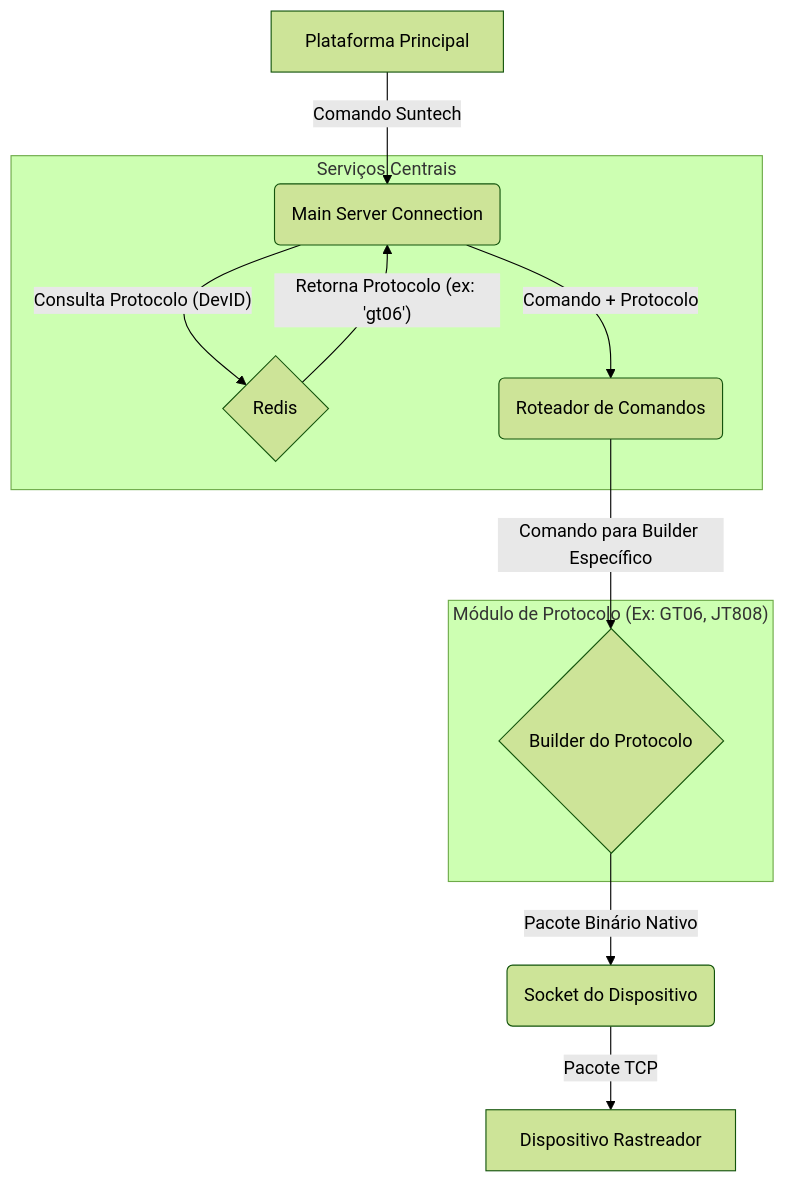
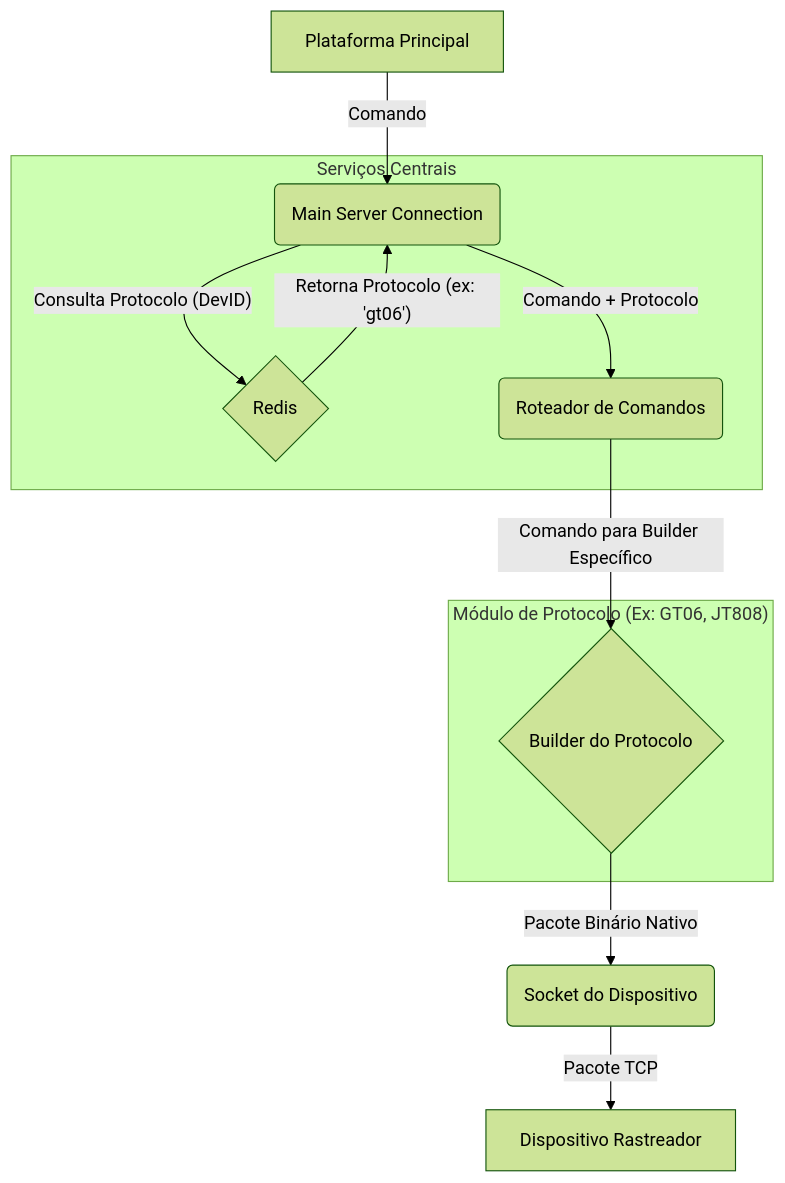
The second of 2 diagrams in README.md (ju-sants/communication-protocol-translator), drawn with Mermaid (forest theme) before and after one commit. The commit also changed other lines of this file, not shown here.

````diff
--- a/README.md
+++ b/README.md
@@ -51,20 +51,20 @@
 ```mermaid
 graph TD
-    A[Plataforma Principal] -- Comando Suntech --> B(Main Server Connection);
+    A[Plataforma Principal] -- Comando --> B(Main Server Connection);
     B -- Consulta Protocolo (DevID) --> C{Redis};
     C -- Retorna Protocolo (ex: 'gt06') --> B;
     B -- Comando + Protocolo --> D(Roteador de Comandos);
     D -- Comando para Builder Específico --> E{Builder do Protocolo};
     E -- Pacote Binário Nativo --> F(Socket do Dispositivo);
     F -- Pacote TCP --> G[Dispositivo Rastreador];
 
     subgraph "Serviços Centrais"
         B
         C
         D
     end
 
     subgraph "Módulo de Protocolo (Ex: GT06, JT808)"
         E
     end
 ```
````
